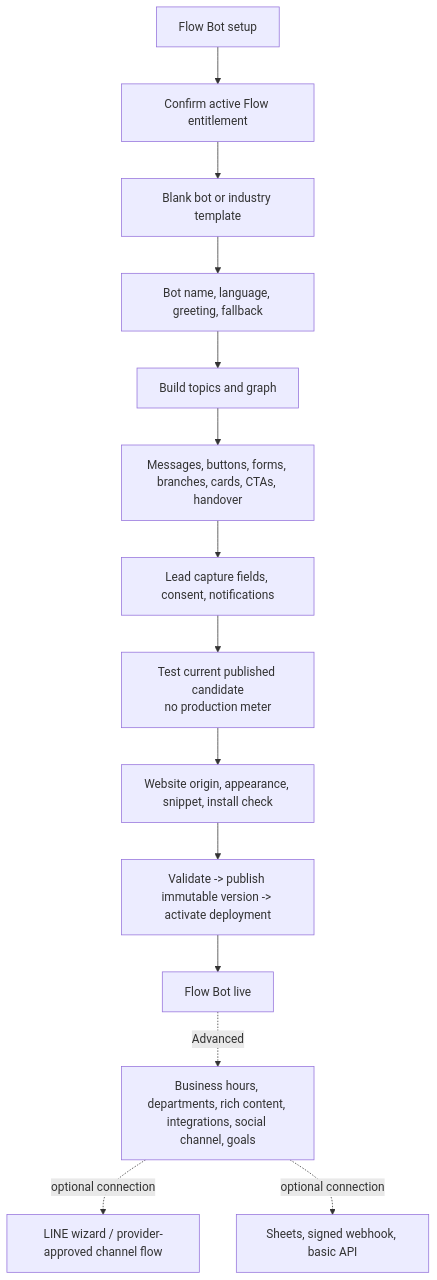
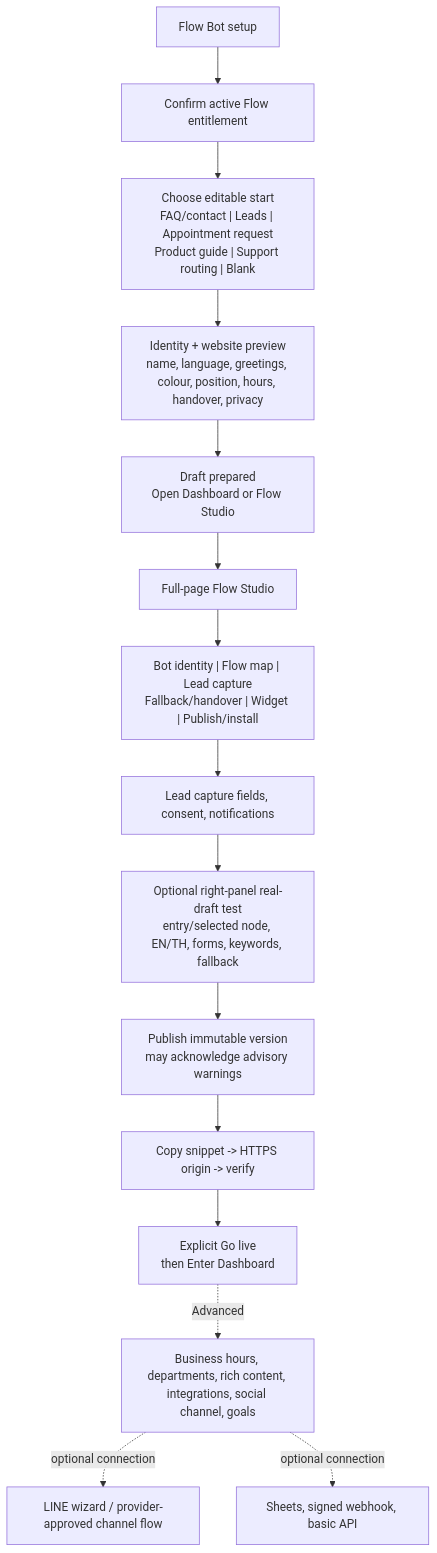
The seventh of 23 diagrams in DJAY_Bot_SaaS_Platform/docs/architecture/djay-bots-system-map.md (lovecatisgood-sudo/DJ_Academy_Webpromo_Voice), drawn with Mermaid before and after one commit. The commit also changed other lines of this file and 75 other files, not shown here.

````diff
--- a/DJAY_Bot_SaaS_Platform/docs/architecture/djay-bots-system-map.md
+++ b/DJAY_Bot_SaaS_Platform/docs/architecture/djay-bots-system-map.md
@@ -267,17 +282,18 @@
 ```mermaid
 flowchart TD
     FLOWSTART["Flow Bot setup"] --> FLOWACCESS["Confirm active Flow entitlement"]
-    FLOWACCESS --> FLOWCHOICE["Blank bot or industry template"]
-    FLOWCHOICE --> FLOWIDENTITY["Bot name, language, greeting, fallback"]
-    FLOWIDENTITY --> FLOWBUILD["Build topics and graph"]
-    FLOWBUILD --> FLOWNODES["Messages, buttons, forms, branches, cards, CTAs, handover"]
+    FLOWACCESS --> FLOWCHOICE["Choose editable start\nFAQ/contact | Leads | Appointment request\nProduct guide | Support routing | Blank"]
+    FLOWCHOICE --> FLOWIDENTITY["Identity + website preview\nname, language, greetings, colour, position, hours, handover, privacy"]
+    FLOWIDENTITY --> READY["Draft prepared\nOpen Dashboard or Flow Studio"]
+    READY --> FLOWBUILD["Full-page Flow Studio"]
+    FLOWBUILD --> FLOWNODES["Bot identity | Flow map | Lead capture\nFallback/handover | Widget | Publish/install"]
     FLOWNODES --> FLOWLEAD["Lead capture fields, consent, notifications"]
-    FLOWLEAD --> FLOWTEST["Test current published candidate\nno production meter"]
-    FLOWTEST --> FLOWDEPLOY["Website origin, appearance, snippet, install check"]
-    FLOWDEPLOY --> FLOWPUBLISH["Validate -> publish immutable version -> activate deployment"]
-    FLOWPUBLISH --> FLOWLIVE["Flow Bot live"]
+    FLOWLEAD --> FLOWTEST["Optional right-panel real-draft test\nentry/selected node, EN/TH, forms, keywords, fallback"]
+    FLOWTEST --> FLOWPUBLISH["Publish immutable version\nmay acknowledge advisory warnings"]
+    FLOWPUBLISH --> FLOWDEPLOY["Copy snippet -> HTTPS origin -> verify"]
+    FLOWDEPLOY --> FLOWLIVE["Explicit Go live\nthen Enter Dashboard"]
 
     FLOWLIVE -. "Advanced" .-> FLOWADV["Business hours, departments, rich content, integrations, social channel, goals"]
     FLOWADV -. "optional connection" .-> LINE["LINE wizard / provider-approved channel flow"]
     FLOWADV -. "optional connection" .-> WEBHOOK["Sheets, signed webhook, basic API"]
 ```
````
